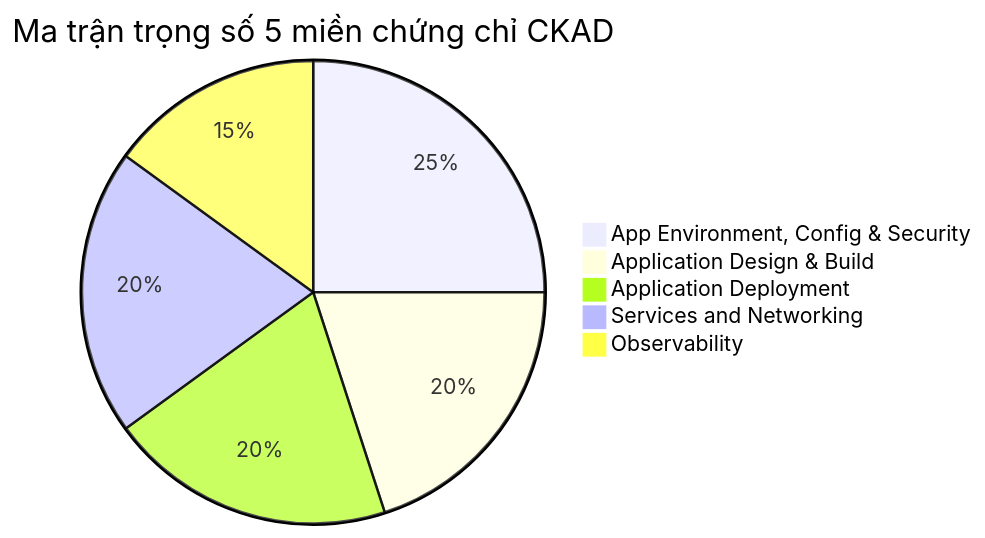
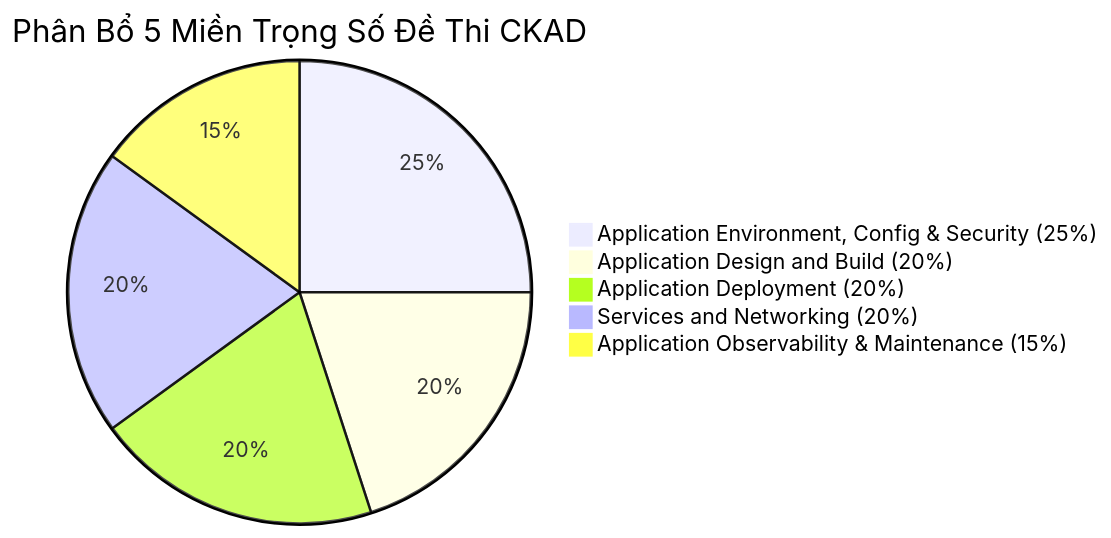
One commit to kiennt308/ntk changed the first of 4 diagrams in _posts/2026-09-12-ckad-15-15-thi-thu-ckad.md. Above: the diagram before and after it, drawn with Mermaid. The commit also changed other lines of this file and 13 other files, not shown here.

````diff
--- a/_posts/2026-09-12-ckad-15-15-thi-thu-ckad.md
+++ b/_posts/2026-09-12-ckad-15-15-thi-thu-ckad.md
@@ -118,8 +47,8 @@
 ```mermaid
-pie title Ma trận trọng số 5 miền chứng chỉ CKAD
-    "App Environment, Config & Security" : 25
-    "Application Design & Build" : 20
-    "Application Deployment" : 20
-    "Services and Networking" : 20
-    "Observability" : 15
+pie title Phân Bổ 5 Miền Trọng Số Đề Thi CKAD
+    "Application Environment, Config & Security (25%)" : 25
+    "Application Design and Build (20%)" : 20
+    "Application Deployment (20%)" : 20
+    "Services and Networking (20%)" : 20
+    "Application Observability & Maintenance (15%)" : 15
 ```
````
